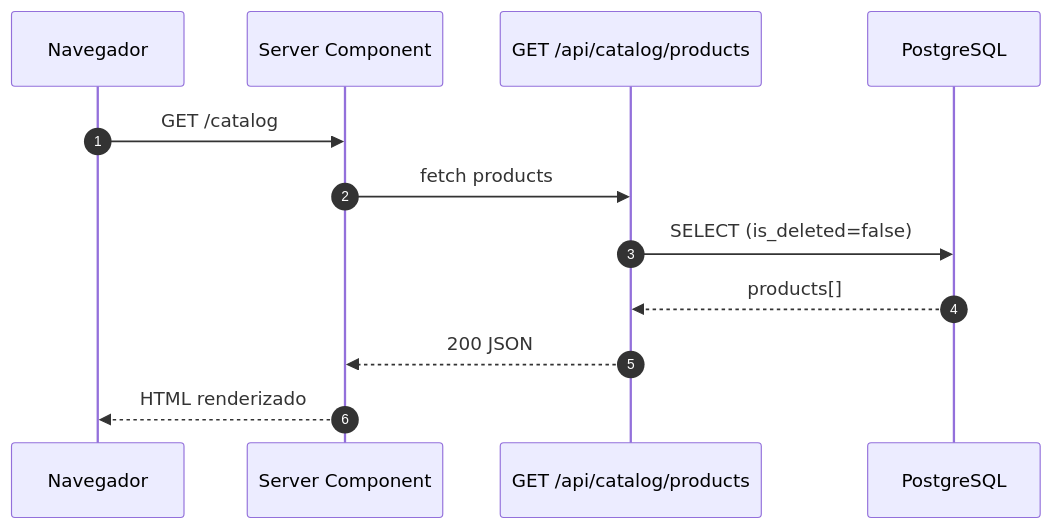
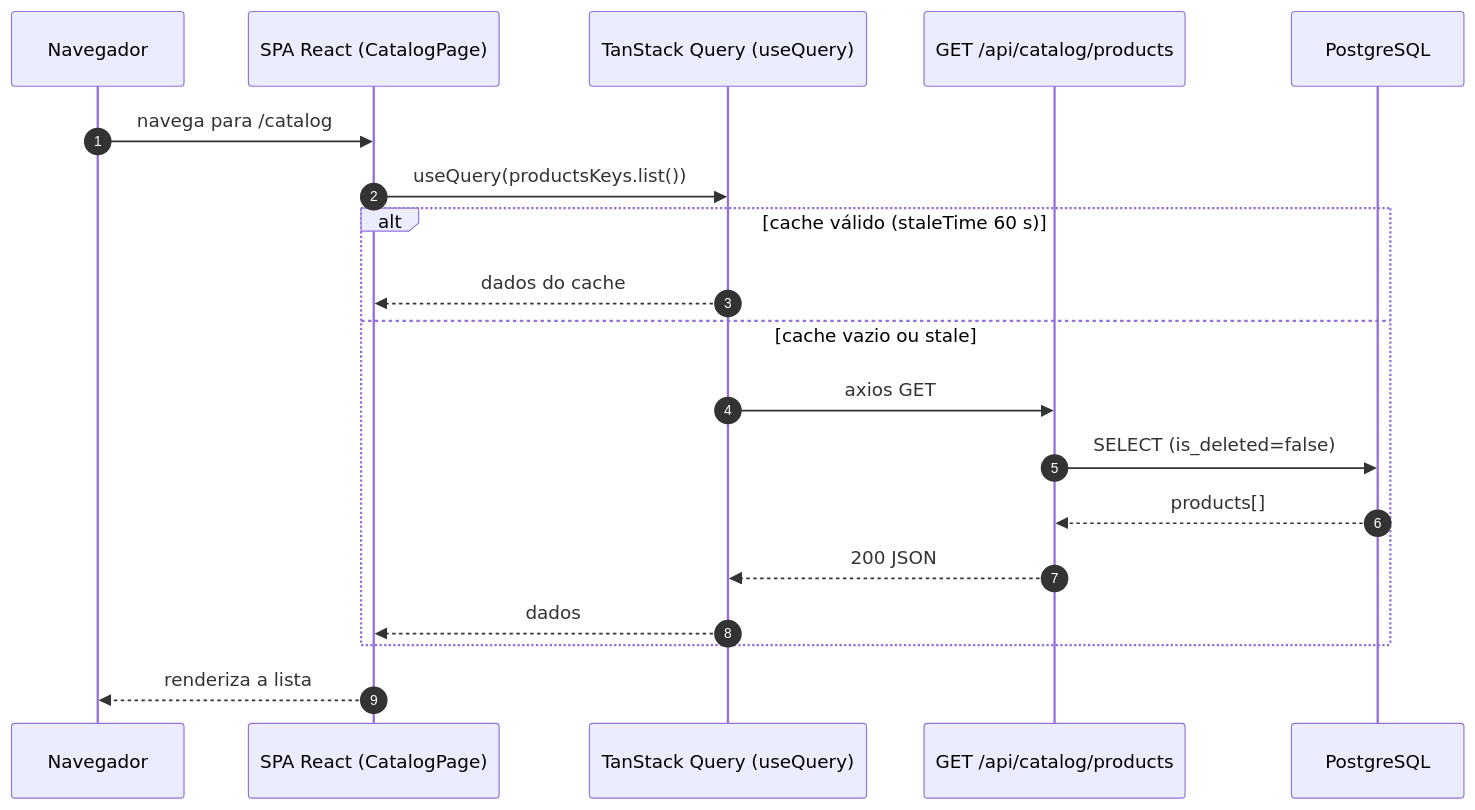
One commit to jhowzin-dev/ERP changed diagram 15 of 22 in README.md. Above: the diagram before and after it, drawn with Mermaid. The commit also changed other lines of this file and 1 other file, not shown here.

````diff
--- a/README.md
+++ b/README.md
@@ -774,15 +869,22 @@
 ```mermaid
 sequenceDiagram
     autonumber
     participant U as Navegador
-    participant RSC as Server Component
+    participant SPA as SPA React (CatalogPage)
+    participant Q as TanStack Query (useQuery)
     participant API as GET /api/catalog/products
     participant DB as PostgreSQL
 
-    U->>RSC: GET /catalog
-    RSC->>API: fetch products
-    API->>DB: SELECT (is_deleted=false)
-    DB-->>API: products[]
-    API-->>RSC: 200 JSON
-    RSC-->>U: HTML renderizado
+    U->>SPA: navega para /catalog
+    SPA->>Q: useQuery(productsKeys.list())
+    alt cache válido (staleTime 60 s)
+        Q-->>SPA: dados do cache
+    else cache vazio ou stale
+        Q->>API: axios GET
+        API->>DB: SELECT (is_deleted=false)
+        DB-->>API: products[]
+        API-->>Q: 200 JSON
+        Q-->>SPA: dados
+    end
+    SPA-->>U: renderiza a lista
 ```
````
